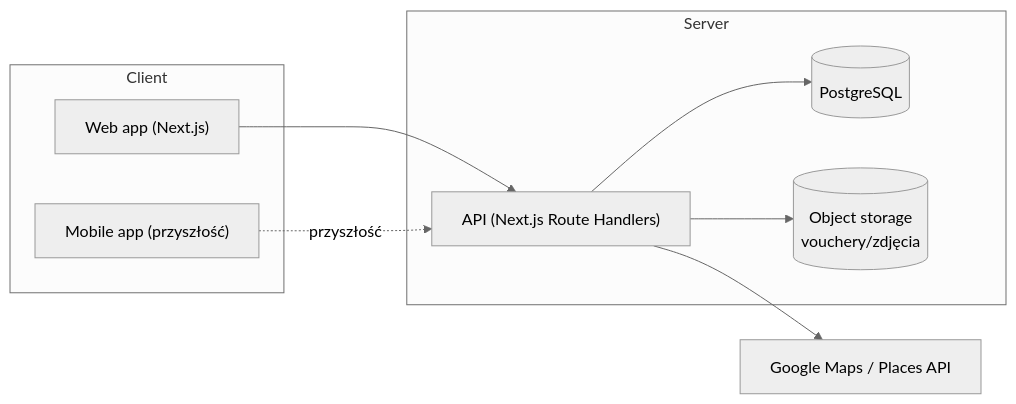
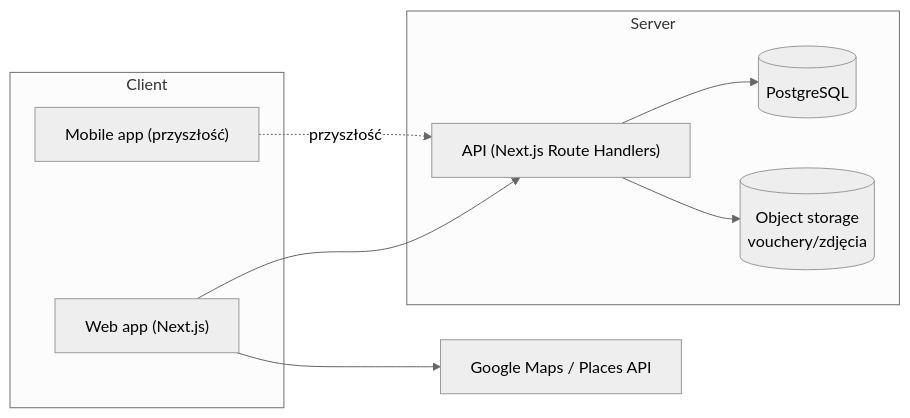
The diagram in v3_paczka_dok/v2/docs/ARCHITECTURE.md (joanna1312-ai/KARNET.asist.v3), drawn with Mermaid (neutral theme) before and after one commit. The commit also changed other lines of this file and 24 other files, not shown here.

````diff
--- a/v3_paczka_dok/v2/docs/ARCHITECTURE.md
+++ b/v3_paczka_dok/v2/docs/ARCHITECTURE.md
@@ -12,19 +12,19 @@
 ```mermaid
 flowchart LR
   subgraph Client
     Web["Web app (Next.js)"]
     Mobile["Mobile app (przyszłość)"]
   end
   subgraph Server
     API["API (Next.js Route Handlers)"]
     DB[(PostgreSQL)]
     Storage[(Object storage\nvouchery/zdjęcia)]
   end
   GMaps["Google Maps / Places API"]
 
   Web --> API
   Mobile -. przyszłość .-> API
   API --> DB
   API --> Storage
-  API --> GMaps
+  Web --> GMaps
 ```
````
